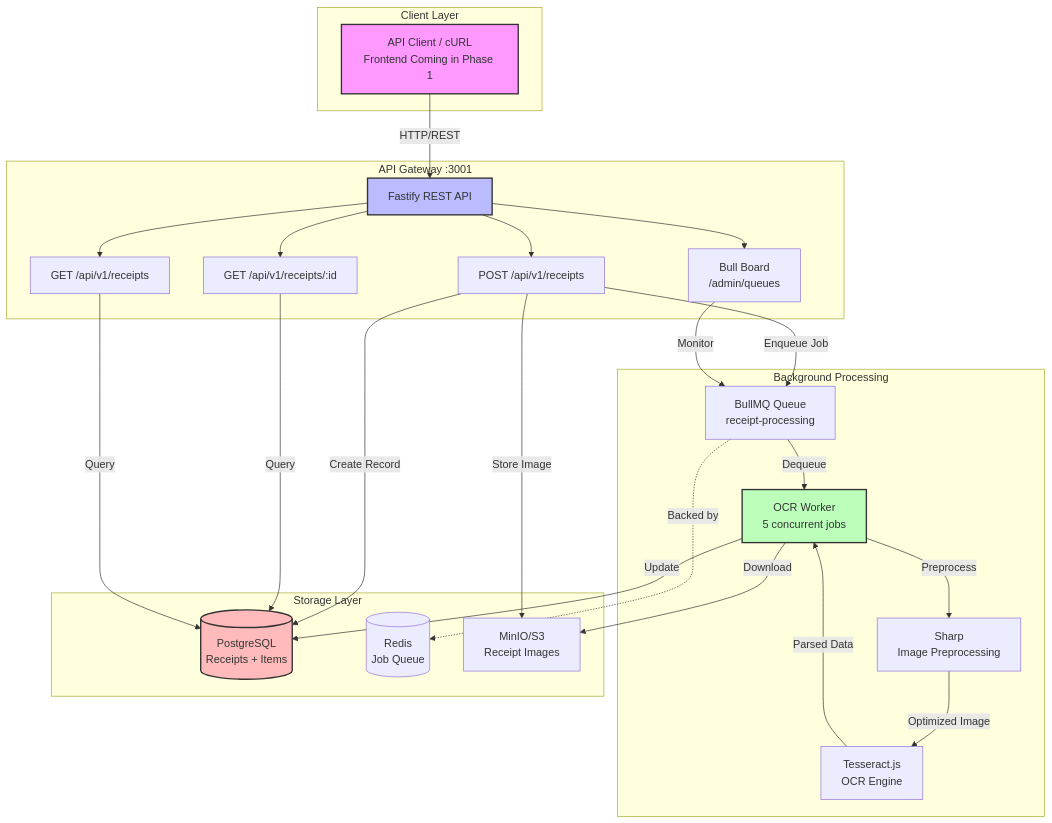
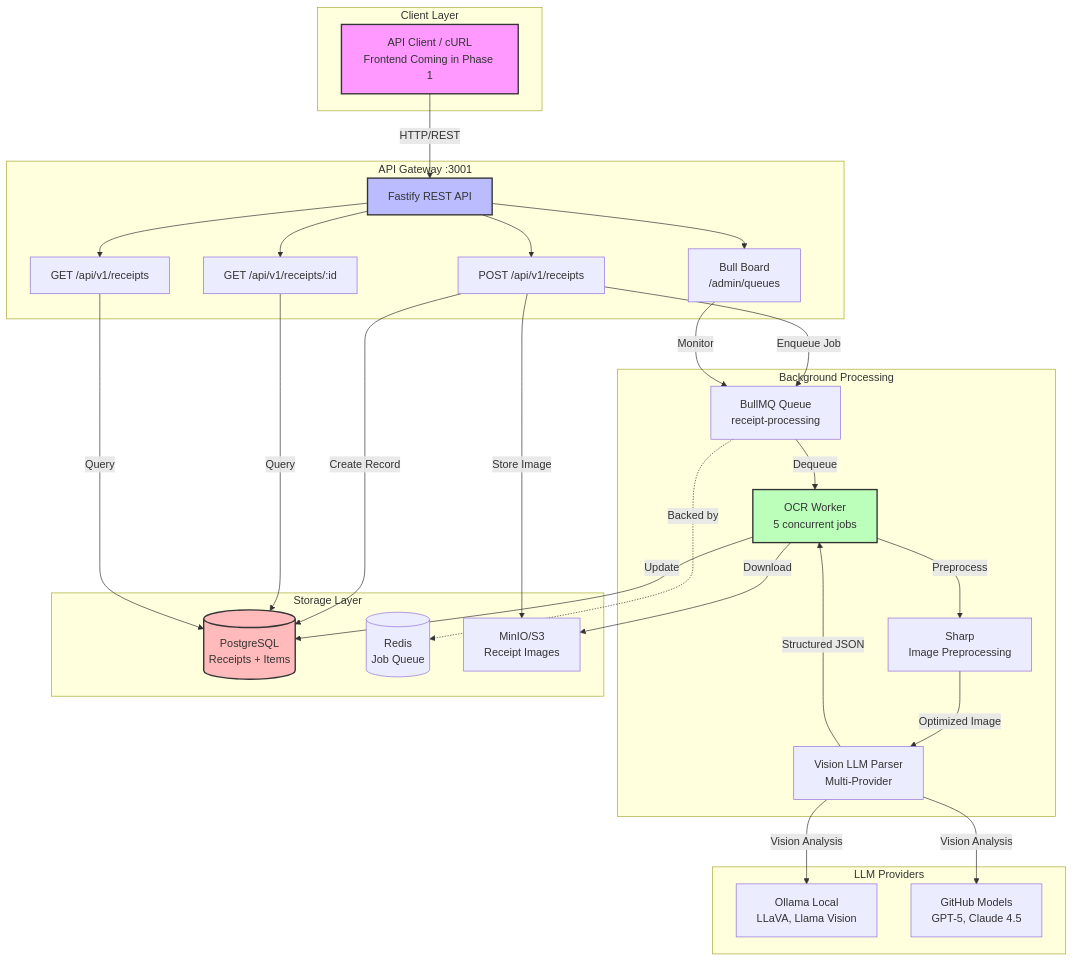
The first of 2 diagrams in README.md (mpwg/Pricey), drawn with Mermaid before and after one commit. The commit also changed other lines of this file and 47 other files, not shown here.

````diff
--- a/README.md
+++ b/README.md
@@ -73,55 +75,62 @@
 ```mermaid
 graph TB
     subgraph "Client Layer"
         Client[API Client / cURL<br/>Frontend Coming in Phase 1]
     end
 
     subgraph "API Gateway :3001"
         API[Fastify REST API]
         Upload[POST /api/v1/receipts]
         Get[GET /api/v1/receipts/:id]
         List[GET /api/v1/receipts]
         Dashboard[Bull Board<br/>/admin/queues]
     end
 
     subgraph "Background Processing"
         Queue[BullMQ Queue<br/>receipt-processing]
         Worker[OCR Worker<br/>5 concurrent jobs]
-        Tesseract[Tesseract.js<br/>OCR Engine]
+        Parser[Vision LLM Parser<br/>Multi-Provider]
         Sharp[Sharp<br/>Image Preprocessing]
+    end
+
+    subgraph "LLM Providers"
+        Ollama[Ollama Local<br/>LLaVA, Llama Vision]
+        GitHub[GitHub Models<br/>GPT-5, Claude 4.5]
     end
 
     subgraph "Storage Layer"
         DB[(PostgreSQL<br/>Receipts + Items)]
         Cache[(Redis<br/>Job Queue)]
         S3[MinIO/S3<br/>Receipt Images]
     end
 
     Client -->|HTTP/REST| API
     API --> Upload
     API --> Get
     API --> List
     API --> Dashboard
 
     Upload -->|Store Image| S3
     Upload -->|Create Record| DB
     Upload -->|Enqueue Job| Queue
 
     Queue -->|Dequeue| Worker
     Worker -->|Download| S3
     Worker -->|Preprocess| Sharp
-    Sharp -->|Optimized Image| Tesseract
-    Tesseract -->|Parsed Data| Worker
+    Sharp -->|Optimized Image| Parser
+    Parser -->|Vision Analysis| Ollama
+    Parser -->|Vision Analysis| GitHub
+    Parser -->|Structured JSON| Worker
     Worker -->|Update| DB
 
     Get -->|Query| DB
     List -->|Query| DB
     Dashboard -->|Monitor| Queue
 
     Queue -.->|Backed by| Cache
 
     style Client fill:#f9f,stroke:#333,stroke-width:2px
     style API fill:#bbf,stroke:#333,stroke-width:2px
     style Worker fill:#bfb,stroke:#333,stroke-width:2px
     style DB fill:#fbb,stroke:#333,stroke-width:2px
 ```
````
